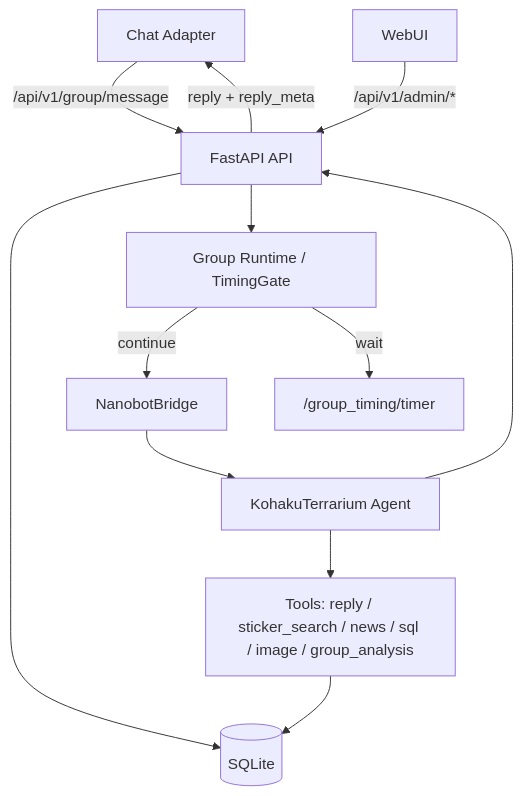
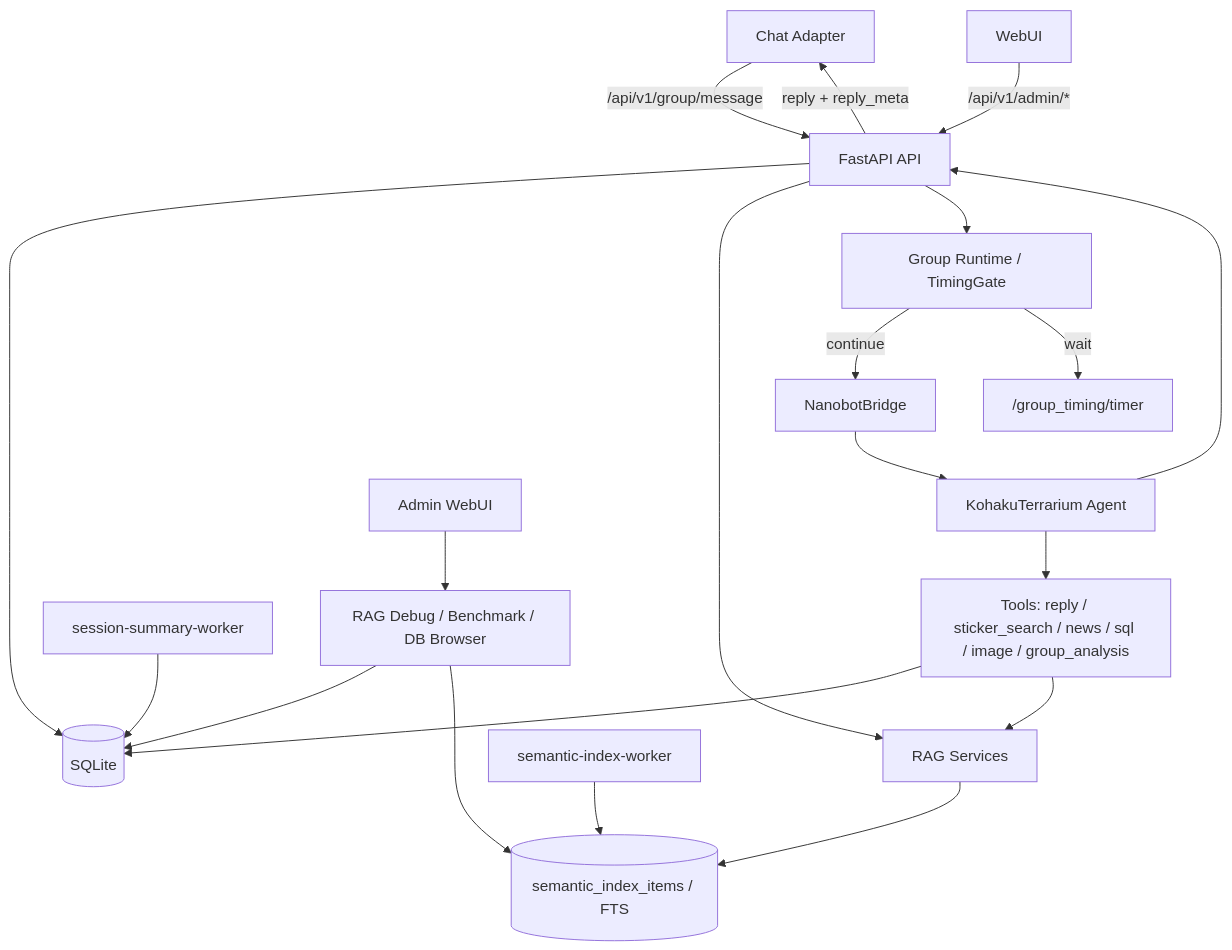
Before and after one commit to dascard/nanobot: the diagram in README.md, drawn with Mermaid. The commit also changed other lines of this file, not shown here.

````diff
--- a/README.md
+++ b/README.md
@@ -17,14 +21,22 @@
 ```mermaid
 graph TD
     Chat[Chat Adapter] -->|/api/v1/group/message| API[FastAPI API]
     WEB[WebUI] -->|/api/v1/admin/*| API
     API --> DB[(SQLite)]
+    API --> RAG[RAG Services]
+    RAG --> SI[(semantic_index_items / FTS)]
     API --> RT[Group Runtime / TimingGate]
     RT -->|continue| Bridge[NanobotBridge]
     RT -->|wait| Timer["/group_timing/timer"]
     Bridge --> KT[KohakuTerrarium Agent]
     KT --> Tools[Tools: reply / sticker_search / news / sql / image / group_analysis]
     Tools --> DB
+    Tools --> RAG
     KT --> API
     API -->|reply + reply_meta| Chat
+    SummaryWorker[session-summary-worker] --> DB
+    SemanticWorker[semantic-index-worker] --> SI
+    Admin[Admin WebUI] --> Debug[RAG Debug / Benchmark / DB Browser]
+    Debug --> DB
+    Debug --> SI
 ```
````
